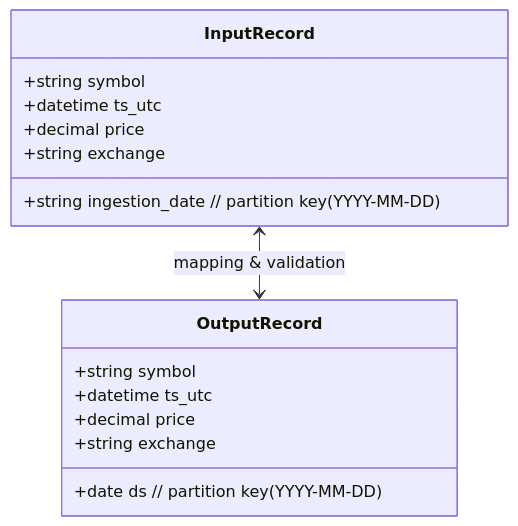
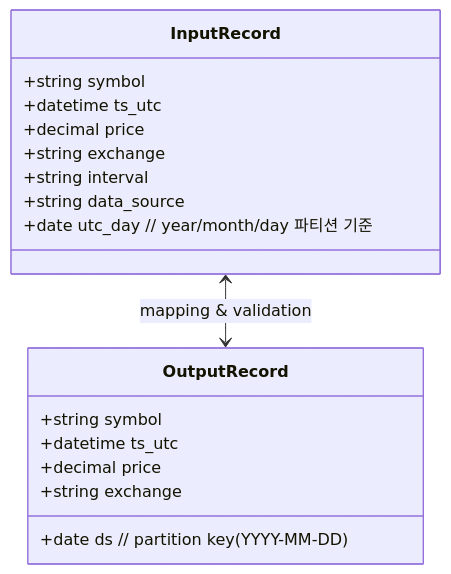
Before and after one commit to keemgdeok/fin-forge-pipeline: the second of 2 diagrams in docs/diagrams/transform/07-io-and-schema.md, drawn with Mermaid. The commit also changed other lines of this file and 6 other files, not shown here.

````diff
--- a/docs/diagrams/transform/07-io-and-schema.md
+++ b/docs/diagrams/transform/07-io-and-schema.md
@@ -14,20 +14,22 @@
 ```mermaid
 classDiagram
   class InputRecord {
     +string symbol
     +datetime ts_utc
     +decimal price
     +string exchange
-    +string ingestion_date  // partition key (YYYY-MM-DD)
+    +string interval
+    +string data_source
+    +date utc_day  // year/month/day 파티션 기준
   }
 
   class OutputRecord {
     +string symbol
     +datetime ts_utc
     +decimal price
     +string exchange
     +date ds  // partition key (YYYY-MM-DD)
   }
 
   InputRecord <--> OutputRecord : mapping & validation
 ```
````
